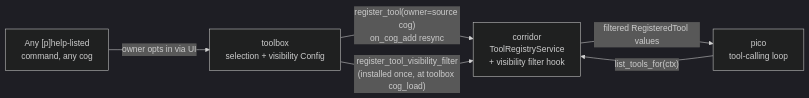
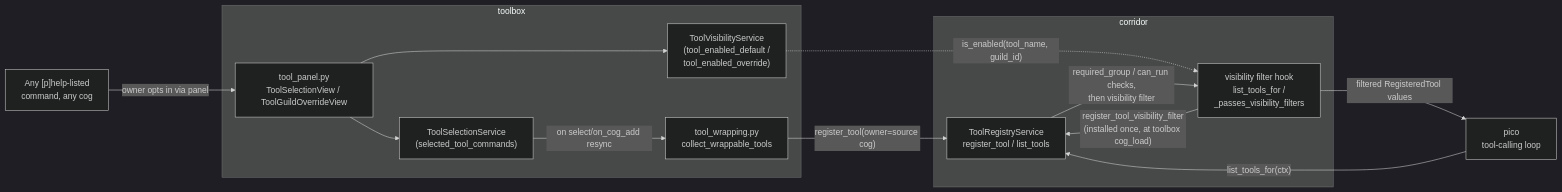
One commit to pixel-agents-hq/pixel-agents-cogs changed the first of 5 diagrams in docs/toolbox-command-tool-toggle-design.md. Above: the diagram before and after it, drawn with Mermaid (dark theme). The commit also changed other lines of this file and 39 other files, not shown here.

````diff
--- a/docs/toolbox-command-tool-toggle-design.md
+++ b/docs/toolbox-command-tool-toggle-design.md
@@ -18,13 +33,29 @@
 ```mermaid
 flowchart LR
     Cmd["Any [p]help-listed<br/>command, any cog"]
-    TB["toolbox<br/>selection + visibility Config"]
-    C["corridor<br/>ToolRegistryService<br/>+ visibility filter hook"]
-    P["pico<br/>tool-calling loop"]
 
-    Cmd -->|"owner opts in via UI"| TB
-    TB -->|"register_tool(owner=source cog)<br/>on_cog_add resync"| C
-    TB -->|"register_tool_visibility_filter<br/>(installed once, at toolbox cog_load)"| C
-    P -->|"list_tools_for(ctx)"| C
-    C -->|"filtered RegisteredTool values"| P
+    subgraph TB["toolbox"]
+        Panel["tool_panel.py<br/>ToolSelectionView / ToolGuildOverrideView"]
+        Wrap["tool_wrapping.py<br/>collect_wrappable_tools"]
+        Sel["ToolSelectionService<br/>(selected_tool_commands)"]
+        Vis["ToolVisibilityService<br/>(tool_enabled_default /<br/>tool_enabled_override)"]
+    end
+
+    subgraph COR["corridor"]
+        Reg["ToolRegistryService<br/>register_tool / list_tools"]
+        Filter["visibility filter hook<br/>list_tools_for /<br/>_passes_visibility_filters"]
+    end
+
+    Pico["pico<br/>tool-calling loop"]
+
+    Cmd -->|"owner opts in via panel"| Panel
+    Panel --> Sel
+    Panel --> Vis
+    Sel -->|"on select/on_cog_add resync"| Wrap
+    Wrap -->|"register_tool(owner=source cog)"| Reg
+    Vis -.->|"is_enabled(tool_name, guild_id)"| Filter
+    Filter -->|"register_tool_visibility_filter<br/>(installed once, at toolbox cog_load)"| Reg
+    Pico -->|"list_tools_for(ctx)"| Reg
+    Reg -->|"required_group / can_run checks,<br/>then visibility filter"| Filter
+    Filter -->|"filtered RegisteredTool values"| Pico
 ```
````
